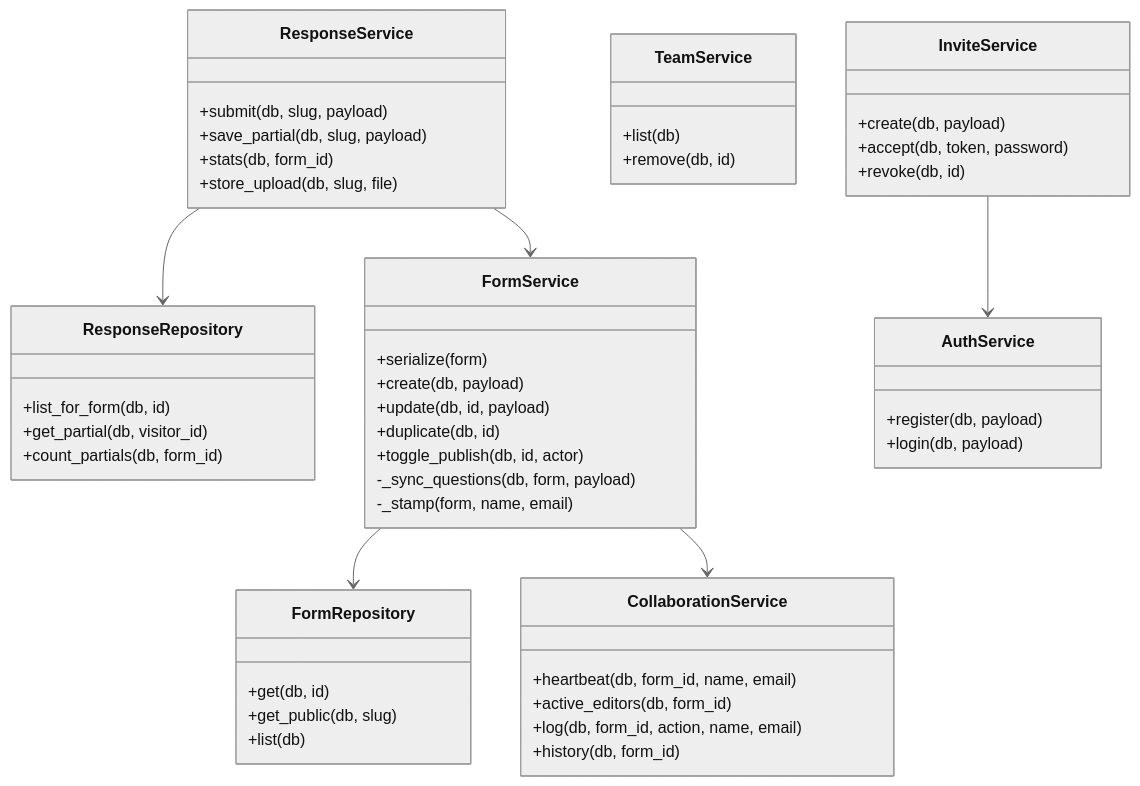
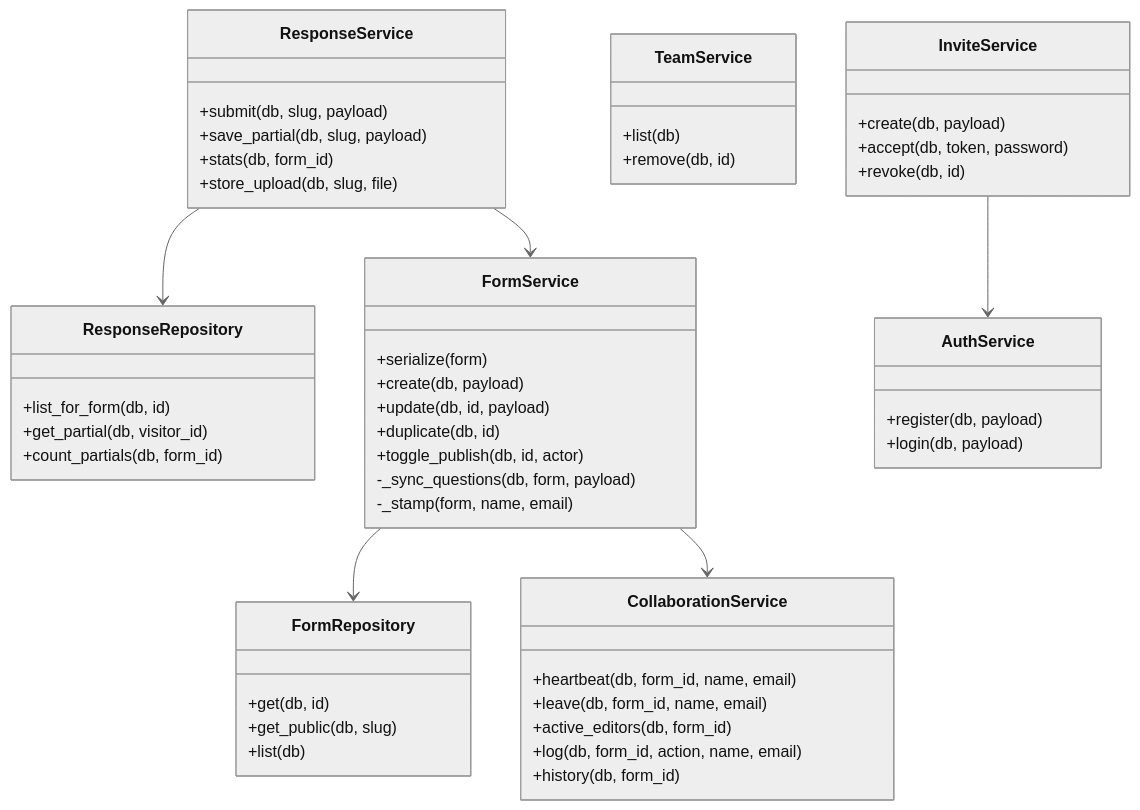
Before and after one commit to ruthwikkakumani/formly: the second of 3 diagrams in docs/diagrams/class-uml.md, drawn with Mermaid (neutral theme). The commit also changed other lines of this file and 11 other files, not shown here.

````diff
--- a/docs/diagrams/class-uml.md
+++ b/docs/diagrams/class-uml.md
@@ -93,52 +95,53 @@
 ```mermaid
 classDiagram
   class FormRepository {
     +get(db, id)
     +get_public(db, slug)
     +list(db)
   }
   class ResponseRepository {
     +list_for_form(db, id)
     +get_partial(db, visitor_id)
     +count_partials(db, form_id)
   }
   class FormService {
     +serialize(form)
     +create(db, payload)
     +update(db, id, payload)
     +duplicate(db, id)
     +toggle_publish(db, id, actor)
     -_sync_questions(db, form, payload)
     -_stamp(form, name, email)
   }
   class CollaborationService {
     +heartbeat(db, form_id, name, email)
+    +leave(db, form_id, name, email)
     +active_editors(db, form_id)
     +log(db, form_id, action, name, email)
     +history(db, form_id)
   }
   class ResponseService {
     +submit(db, slug, payload)
     +save_partial(db, slug, payload)
     +stats(db, form_id)
     +store_upload(db, slug, file)
   }
   class TeamService {
     +list(db)
     +remove(db, id)
   }
   class AuthService {
     +register(db, payload)
     +login(db, payload)
   }
   class InviteService {
     +create(db, payload)
     +accept(db, token, password)
     +revoke(db, id)
   }
   FormService --> FormRepository
   FormService --> CollaborationService
   ResponseService --> FormService
   ResponseService --> ResponseRepository
   InviteService --> AuthService
 ```
````
